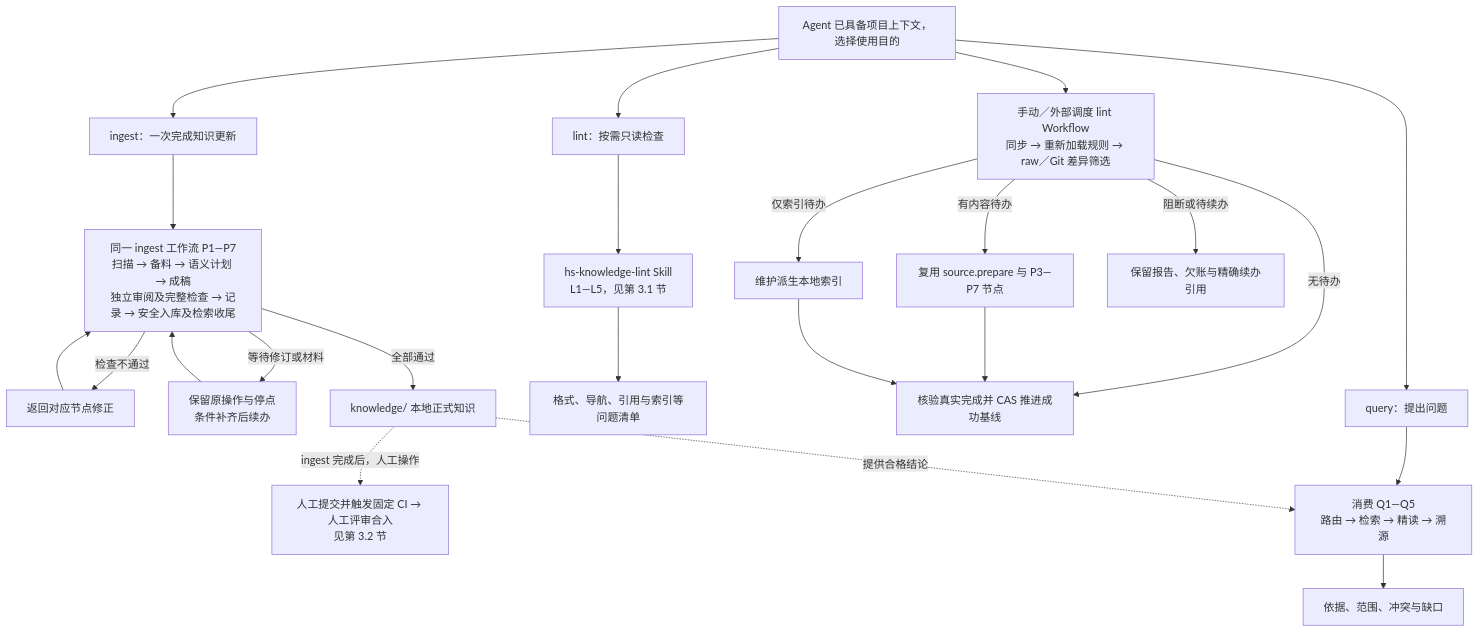
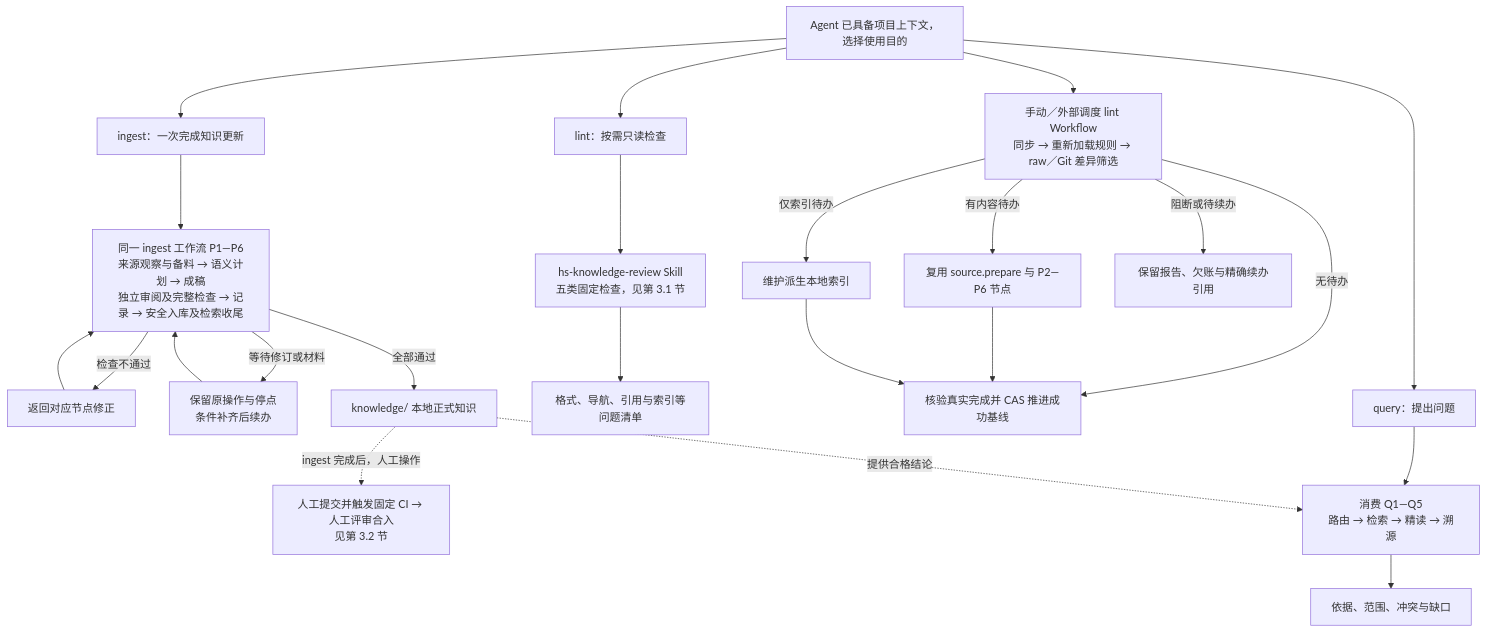
One commit to Robin-hhc/FactumCore changed the second of 27 diagrams in himate/himate-knowledge-wifi-mp/docs-llm-wiki/知识库详细设计.md. Above: the diagram before and after it, drawn with Mermaid. The commit also changed other lines of this file and 190 other files, not shown here.

````diff
--- a/himate/himate-knowledge-wifi-mp/docs-llm-wiki/知识库详细设计.md
+++ b/himate/himate-knowledge-wifi-mp/docs-llm-wiki/知识库详细设计.md
@@ -51,25 +51,25 @@
 ```mermaid
 flowchart TD
     U["Agent 已具备项目上下文，选择使用目的"] --> IN["ingest：一次完成知识更新"]
-    IN --> P["同一 ingest 工作流 P1—P7<br/>扫描 → 备料 → 语义计划 → 成稿<br/>独立审阅及完整检查 → 记录 → 安全入库及检索收尾"]
+    IN --> P["同一 ingest 工作流 P1—P6<br/>来源观察与备料 → 语义计划 → 成稿<br/>独立审阅及完整检查 → 记录 → 安全入库及检索收尾"]
     P -->|"检查不通过"| FIX["返回对应节点修正"]
     FIX --> P
     P -->|"等待修订或材料"| WAIT["保留原操作与停点<br/>条件补齐后续办"]
     WAIT --> P
     P -->|"全部通过"| K["knowledge/ 本地正式知识"]
     K -. "ingest 完成后，人工操作" .-> CI["人工提交并触发固定 CI → 人工评审合入<br/>见第 3.2 节"]
     U --> LI["lint：按需只读检查"]
-    LI --> LINT["hs-knowledge-lint Skill<br/>L1—L5，见第 3.1 节"]
+    LI --> LINT["hs-knowledge-review Skill<br/>五类固定检查，见第 3.1 节"]
     LINT --> REPORT["格式、导航、引用与索引等问题清单"]
     U --> PATROL["手动／外部调度 lint Workflow<br/>同步 → 重新加载规则 → raw／Git 差异筛选"]
-    PATROL -->|"有内容待办"| PATROL_WORK["复用 source.prepare 与 P3—P7 节点"]
+    PATROL -->|"有内容待办"| PATROL_WORK["复用 source.prepare 与 P2—P6 节点"]
     PATROL -->|"仅索引待办"| PATROL_INDEX["维护派生本地索引"]
     PATROL -->|"无待办"| PATROL_DONE["核验真实完成并 CAS 推进成功基线"]
     PATROL_WORK --> PATROL_DONE
     PATROL_INDEX --> PATROL_DONE
     PATROL -->|"阻断或待续办"| PATROL_REPORT["保留报告、欠账与精确续办引用"]
     U --> QU["query：提出问题"]
     QU --> Q["消费 Q1—Q5<br/>路由 → 检索 → 精读 → 溯源"]
     K -. "提供合格结论" .-> Q
     Q --> A["依据、范围、冲突与缺口"]
 ```
````
